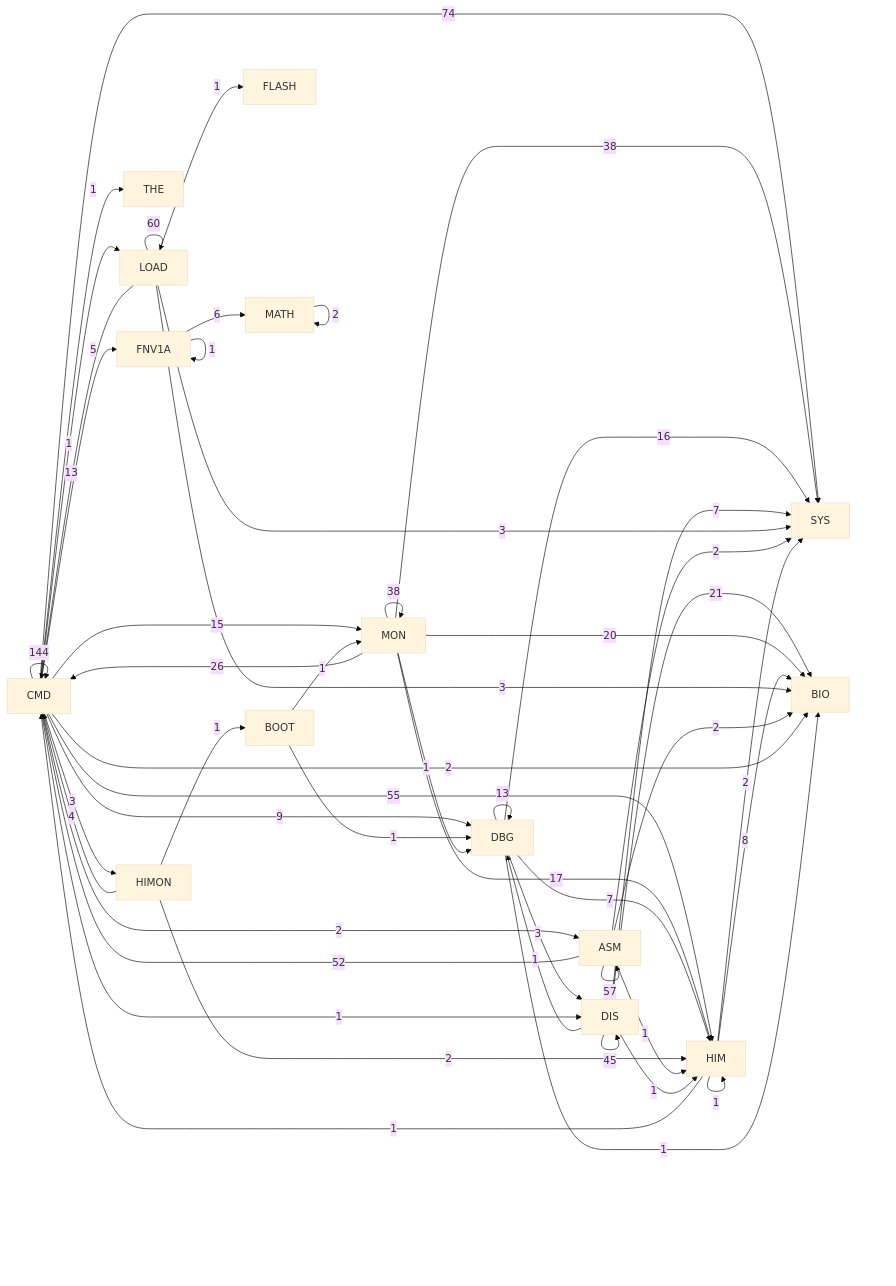
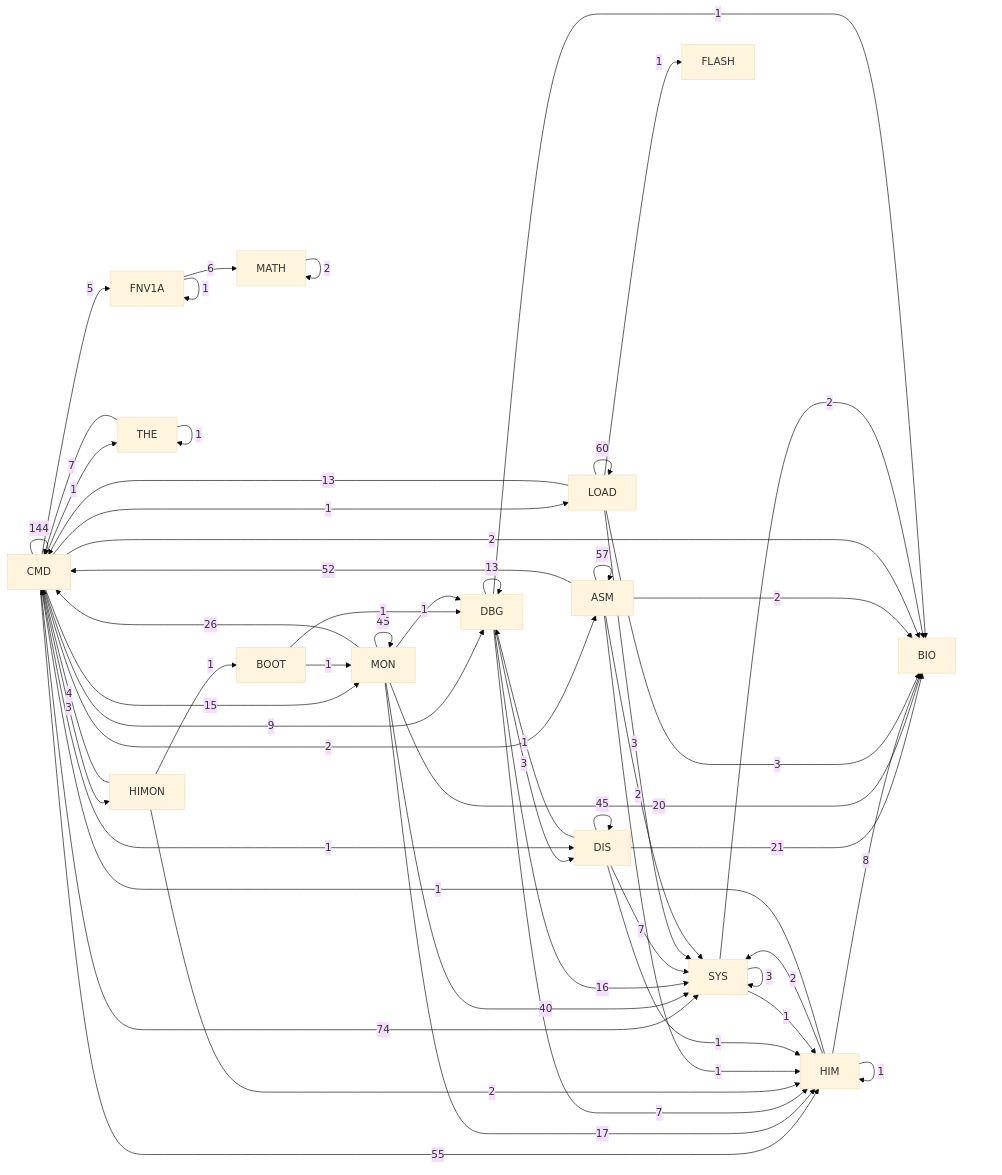
The diagram in DOC/GENERATED/HIMON_SUPPORT_MAP.md (95westus/R-YORS), drawn with Mermaid (base theme) before and after one commit. The commit also changed other lines of this file and 180 other files, not shown here.

````diff
--- a/DOC/GENERATED/HIMON_SUPPORT_MAP.md
+++ b/DOC/GENERATED/HIMON_SUPPORT_MAP.md
@@ -10,53 +10,58 @@
 ```mermaid
 flowchart LR
     P_CMD[CMD] -->|144| P_CMD[CMD]
     P_CMD[CMD] -->|74| P_SYS[SYS]
     P_LOAD[LOAD] -->|60| P_LOAD[LOAD]
     P_ASM[ASM] -->|57| P_ASM[ASM]
     P_CMD[CMD] -->|55| P_HIM[HIM]
     P_ASM[ASM] -->|52| P_CMD[CMD]
     P_DIS[DIS] -->|45| P_DIS[DIS]
-    P_MON[MON] -->|38| P_MON[MON]
-    P_MON[MON] -->|38| P_SYS[SYS]
+    P_MON[MON] -->|45| P_MON[MON]
+    P_MON[MON] -->|40| P_SYS[SYS]
     P_MON[MON] -->|26| P_CMD[CMD]
     P_DIS[DIS] -->|21| P_BIO[BIO]
     P_MON[MON] -->|20| P_BIO[BIO]
     P_MON[MON] -->|17| P_HIM[HIM]
     P_DBG[DBG] -->|16| P_SYS[SYS]
     P_CMD[CMD] -->|15| P_MON[MON]
     P_DBG[DBG] -->|13| P_DBG[DBG]
     P_LOAD[LOAD] -->|13| P_CMD[CMD]
     P_CMD[CMD] -->|9| P_DBG[DBG]
     P_HIM[HIM] -->|8| P_BIO[BIO]
     P_DBG[DBG] -->|7| P_HIM[HIM]
     P_DIS[DIS] -->|7| P_SYS[SYS]
+    P_THE[THE] -->|7| P_CMD[CMD]
     P_FNV1A[FNV1A] -->|6| P_MATH[MATH]
     P_CMD[CMD] -->|5| P_FNV1A[FNV1A]
     P_HIMON[HIMON] -->|4| P_CMD[CMD]
     P_CMD[CMD] -->|3| P_HIMON[HIMON]
     P_DBG[DBG] -->|3| P_DIS[DIS]
     P_LOAD[LOAD] -->|3| P_BIO[BIO]
     P_LOAD[LOAD] -->|3| P_SYS[SYS]
+    P_SYS[SYS] -->|3| P_SYS[SYS]
     P_ASM[ASM] -->|2| P_BIO[BIO]
     P_ASM[ASM] -->|2| P_SYS[SYS]
     P_CMD[CMD] -->|2| P_ASM[ASM]
     P_CMD[CMD] -->|2| P_BIO[BIO]
     P_HIM[HIM] -->|2| P_SYS[SYS]
     P_HIMON[HIMON] -->|2| P_HIM[HIM]
     P_MATH[MATH] -->|2| P_MATH[MATH]
+    P_SYS[SYS] -->|2| P_BIO[BIO]
     P_ASM[ASM] -->|1| P_HIM[HIM]
     P_BOOT[BOOT] -->|1| P_DBG[DBG]
     P_BOOT[BOOT] -->|1| P_MON[MON]
     P_CMD[CMD] -->|1| P_DIS[DIS]
     P_CMD[CMD] -->|1| P_LOAD[LOAD]
     P_CMD[CMD] -->|1| P_THE[THE]
     P_DBG[DBG] -->|1| P_BIO[BIO]
     P_DIS[DIS] -->|1| P_DBG[DBG]
     P_DIS[DIS] -->|1| P_HIM[HIM]
     P_FNV1A[FNV1A] -->|1| P_FNV1A[FNV1A]
     P_HIM[HIM] -->|1| P_CMD[CMD]
     P_HIM[HIM] -->|1| P_HIM[HIM]
     P_HIMON[HIMON] -->|1| P_BOOT[BOOT]
     P_LOAD[LOAD] -->|1| P_FLASH[FLASH]
     P_MON[MON] -->|1| P_DBG[DBG]
+    P_SYS[SYS] -->|1| P_HIM[HIM]
+    P_THE[THE] -->|1| P_THE[THE]
 ```
````
